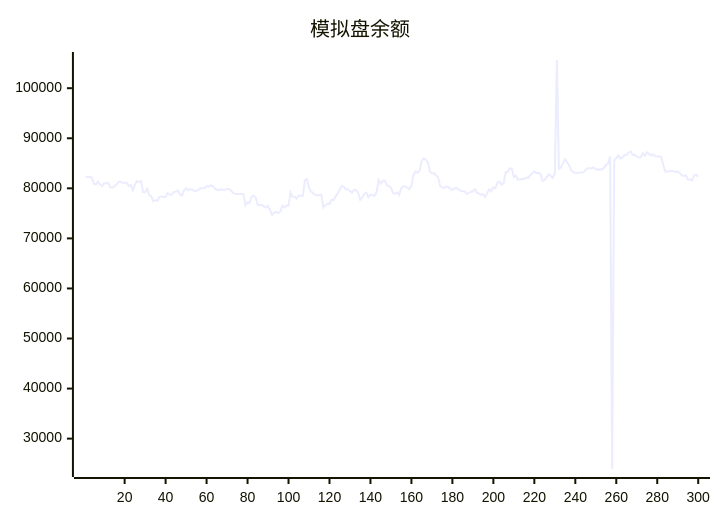
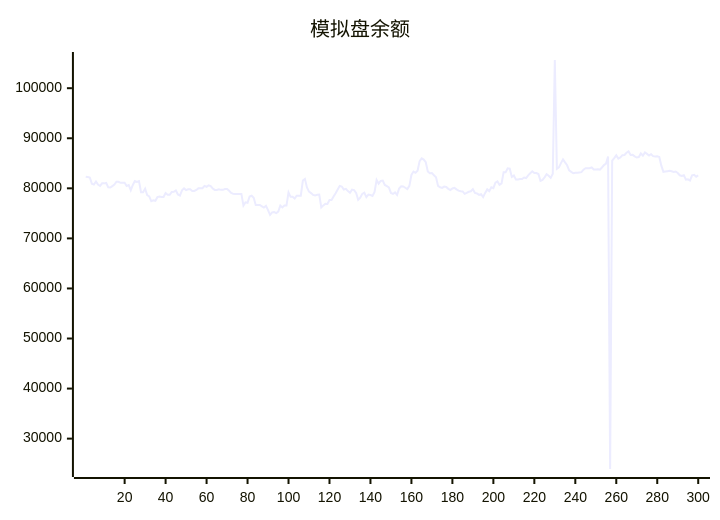
Before and after one commit to aahl/ai-trading: the diagram in README.md, drawn with Mermaid. The commit also changed other lines of this file and 1 other file, not shown here.

````diff
--- a/README.md
+++ b/README.md
@@ -5,5 +5,5 @@
 ```mermaid
 xychart
     title "模拟盘余额"
-    line [82145,82315,82243,82163,80934,80770,81371,80742,80468,80989,80989,81067,80191,80155,80450,80737,81309,81309,81106,81119,81119,80471,80631,79624,80670,81448,81290,81429,79212,79222,79940,78643,78380,77432,77623,77504,78235,78358,78284,78277,79048,78714,78714,79290,79308,79567,78763,78563,79603,79988,79652,79813,79813,79476,79469,79673,79995,80015,80015,80486,80314,80600,80436,79966,79689,79689,79819,79692,79692,79850,79850,79518,79071,78889,78850,78850,78878,78878,76554,77202,77103,78357,78510,78106,76678,76677,76672,76411,76159,76485,75656,74695,75197,75246,75052,75334,76564,76179,76553,76551,79196,78300,78300,77944,78531,78531,78521,81564,81884,80160,79335,79055,78675,78580,78708,78764,76179,76586,76902,76876,77658,77669,78346,79023,79769,80497,80366,79761,79896,79448,79126,79749,79658,79097,77695,78114,78888,79126,78249,78738,78653,78478,79271,81680,80923,81488,81527,80681,80455,80190,79084,78879,79193,78686,79954,80403,80374,80118,79848,80491,82665,83351,83098,83525,85430,85983,85737,85221,83378,83014,83043,82613,82216,80477,80208,80081,80348,80277,79894,79670,79965,80093,79786,79542,79406,79371,78893,79087,79304,79406,79841,79072,78978,78696,78846,78272,79085,79787,79442,80198,80031,81120,81379,80718,80985,83214,83212,83993,83921,82270,82547,81776,81776,81866,81866,82158,82061,82596,83000,83408,83041,83050,82858,81503,81691,82188,82812,82517,82092,82901,105633,83898,84180,85030,85781,85178,84604,83569,83298,83008,83093,83107,83175,83228,83729,84025,84017,84019,84177,83775,83762,83785,83738,84160,84639,84939,86370,23934,85548,86046,86599,85942,86161,86622,86664,87115,87369,86666,86685,86384,86152,86243,86969,86548,87164,86885,86566,86809,86427,86348,86417,86273,84538,83299,83369,83430,83490,83404,83270,83362,83056,82605,82459,82614,81734,81788,81551,82598,82702,82320]
+    line [82315,82243,82163,80934,80770,81371,80742,80468,80989,80989,81067,80191,80155,80450,80737,81309,81309,81106,81119,81119,80471,80631,79624,80670,81448,81290,81429,79212,79222,79940,78643,78380,77432,77623,77504,78235,78358,78284,78277,79048,78714,78714,79290,79308,79567,78763,78563,79603,79988,79652,79813,79813,79476,79469,79673,79995,80015,80015,80486,80314,80600,80436,79966,79689,79689,79819,79692,79692,79850,79850,79518,79071,78889,78850,78850,78878,78878,76554,77202,77103,78357,78510,78106,76678,76677,76672,76411,76159,76485,75656,74695,75197,75246,75052,75334,76564,76179,76553,76551,79196,78300,78300,77944,78531,78531,78521,81564,81884,80160,79335,79055,78675,78580,78708,78764,76179,76586,76902,76876,77658,77669,78346,79023,79769,80497,80366,79761,79896,79448,79126,79749,79658,79097,77695,78114,78888,79126,78249,78738,78653,78478,79271,81680,80923,81488,81527,80681,80455,80190,79084,78879,79193,78686,79954,80403,80374,80118,79848,80491,82665,83351,83098,83525,85430,85983,85737,85221,83378,83014,83043,82613,82216,80477,80208,80081,80348,80277,79894,79670,79965,80093,79786,79542,79406,79371,78893,79087,79304,79406,79841,79072,78978,78696,78846,78272,79085,79787,79442,80198,80031,81120,81379,80718,80985,83214,83212,83993,83921,82270,82547,81776,81776,81866,81866,82158,82061,82596,83000,83408,83041,83050,82858,81503,81691,82188,82812,82517,82092,82901,105633,83898,84180,85030,85781,85178,84604,83569,83298,83008,83093,83107,83175,83228,83729,84025,84017,84019,84177,83775,83762,83785,83738,84160,84639,84939,86370,23934,85548,86046,86599,85942,86161,86622,86664,87115,87369,86666,86685,86384,86152,86243,86969,86548,87164,86885,86566,86809,86427,86348,86417,86273,84538,83299,83369,83430,83490,83404,83270,83362,83056,82605,82459,82614,81734,81788,81551,82598,82702,82320,82580]
 ```
````
